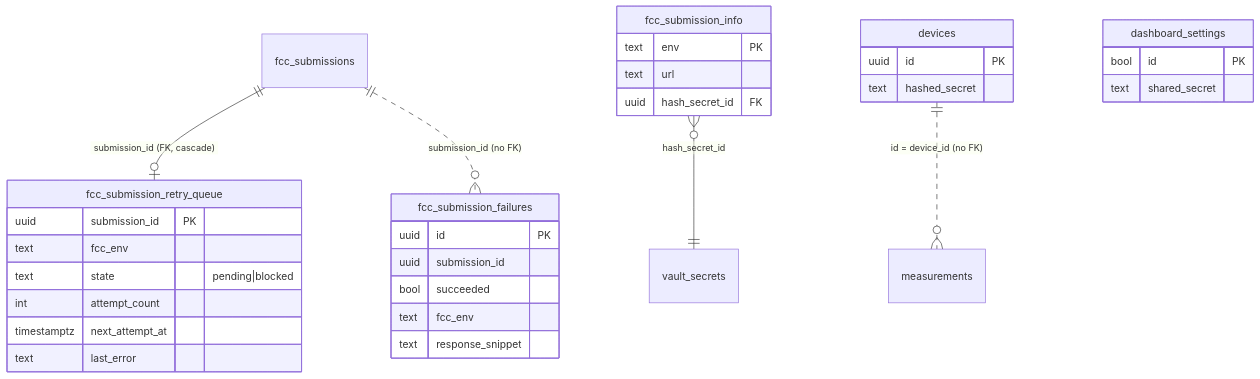
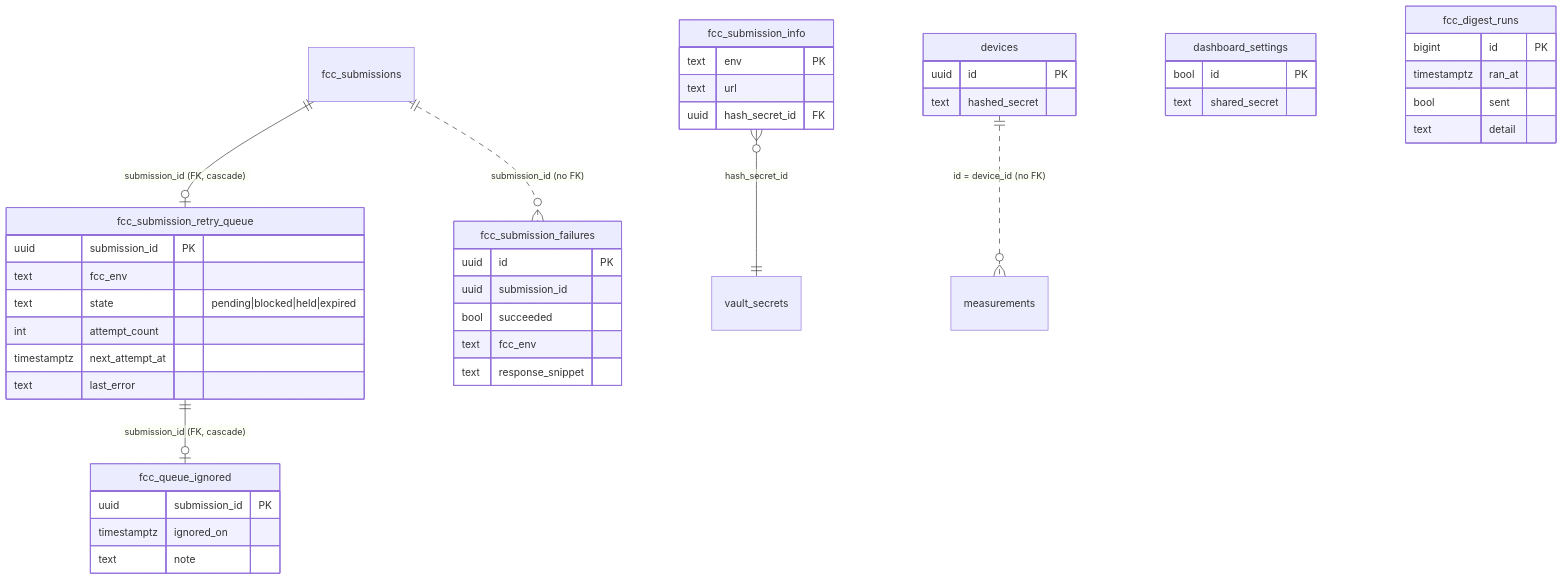
The second of 3 diagrams in docs/supabase/schema.md (CellWatch/cellwatch-app), drawn with Mermaid before and after one commit. The commit also changed other lines of this file and 22 other files, not shown here.

````diff
--- a/docs/supabase/schema.md
+++ b/docs/supabase/schema.md
@@ -217,36 +222,48 @@
 ```mermaid
 erDiagram
     fcc_submissions ||--o| fcc_submission_retry_queue : "submission_id (FK, cascade)"
     fcc_submissions ||..o{ fcc_submission_failures : "submission_id (no FK)"
     fcc_submission_info }o--|| vault_secrets : "hash_secret_id"
+    fcc_submission_retry_queue ||--o| fcc_queue_ignored : "submission_id (FK, cascade)"
     devices ||..o{ measurements : "id = device_id (no FK)"
 
     fcc_submission_retry_queue {
         uuid submission_id PK
         text fcc_env
-        text state "pending|blocked"
+        text state "pending|blocked|held|expired"
         int attempt_count
         timestamptz next_attempt_at
         text last_error
     }
     fcc_submission_failures {
         uuid id PK
         uuid submission_id
         bool succeeded
         text fcc_env
         text response_snippet
     }
     fcc_submission_info {
         text env PK
         text url
         uuid hash_secret_id FK
     }
     devices {
         uuid id PK
         text hashed_secret
     }
     dashboard_settings {
         bool id PK
         text shared_secret
     }
+    fcc_queue_ignored {
+        uuid submission_id PK
+        timestamptz ignored_on
+        text note
+    }
+    fcc_digest_runs {
+        bigint id PK
+        timestamptz ran_at
+        bool sent
+        text detail
+    }
 ```
````
